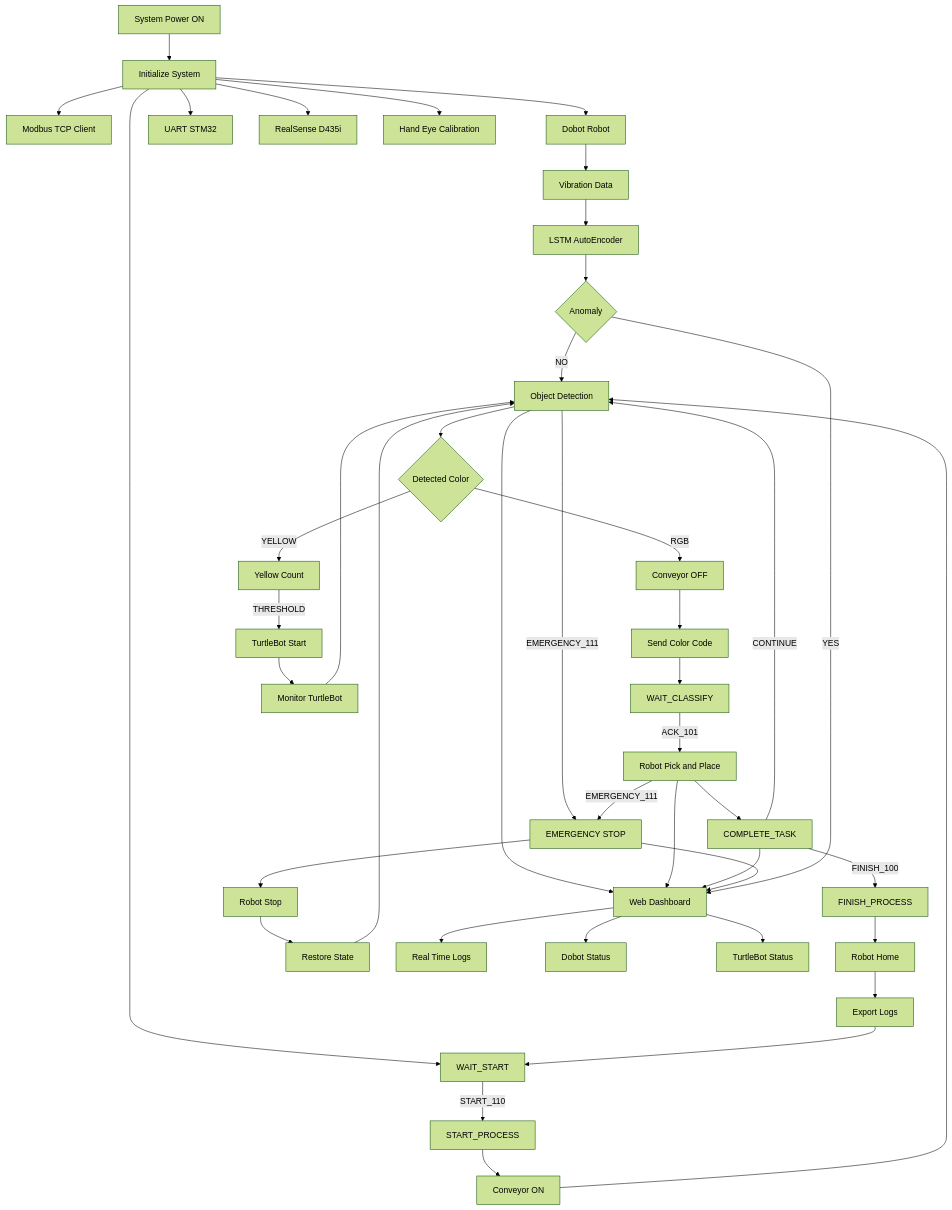
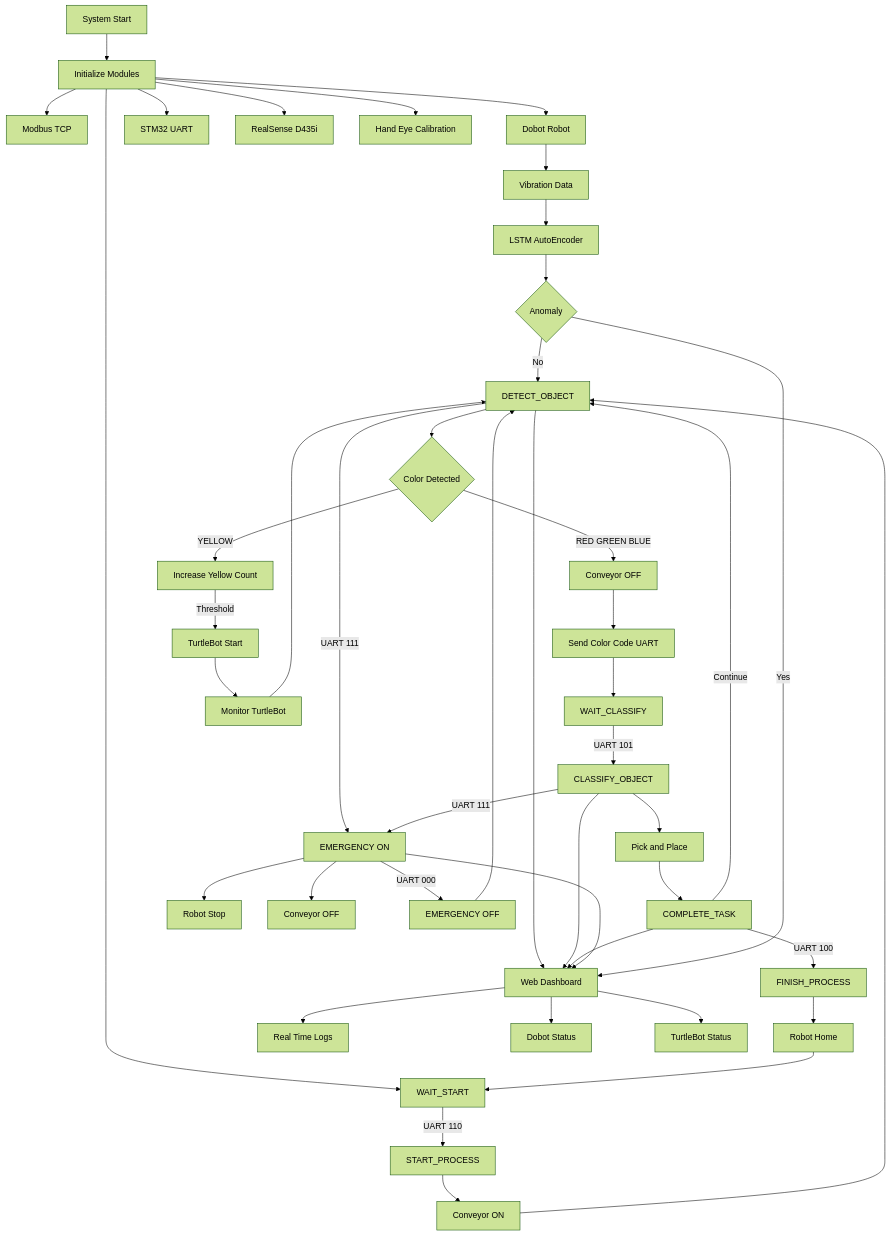
One commit to tnswo987/penetration-project changed the diagram in README.md. Above: the diagram before and after it, drawn with Mermaid (forest theme).

````diff
--- a/README.md
+++ b/README.md
@@ -63,59 +63,77 @@
 ```mermaid
 flowchart TD
-    A[System Power ON] --> B[Initialize System]
+    A[System Start] --> B[Initialize Modules]
 
-    B --> B1[Modbus TCP Client]
+    B --> B1[Modbus TCP]
     B --> B2[Dobot Robot]
-    B --> B3[UART STM32]
+    B --> B3[STM32 UART]
     B --> B4[RealSense D435i]
     B --> B5[Hand Eye Calibration]
 
     B --> C[WAIT_START]
 
-    C -->|START_110| D[START_PROCESS]
+    %% =====================
+    %% Main Process Flow
+    %% =====================
+    C -->|UART 110| D[START_PROCESS]
     D --> E[Conveyor ON]
 
-    E --> F[Object Detection]
-    F --> G{Detected Color}
+    E --> F[DETECT_OBJECT]
+    F --> G{Color Detected}
 
-    G -->|RGB| H[Conveyor OFF]
-    H --> I[Send Color Code]
+    G -->|RED GREEN BLUE| H[Conveyor OFF]
+    H --> I[Send Color Code UART]
     I --> J[WAIT_CLASSIFY]
 
-    J -->|ACK_101| K[Robot Pick and Place]
-    K --> L[COMPLETE_TASK]
+    J -->|UART 101| K[CLASSIFY_OBJECT]
+    K --> L[Pick and Place]
+    L --> M[COMPLETE_TASK]
 
-    L -->|CONTINUE| F
-    L -->|FINISH_100| M[FINISH_PROCESS]
+    M -->|Continue| F
+    M -->|UART 100| N[FINISH_PROCESS]
 
-    M --> N[Robot Home]
-    N --> O[Export Logs]
+    N --> O[Robot Home]
     O --> C
 
-    G -->|YELLOW| T[Yellow Count]
-    T -->|THRESHOLD| U[TurtleBot Start]
-    U --> V[Monitor TurtleBot]
-    V --> F
+    %% =====================
+    %% Yellow Object Flow
+    %% =====================
+    G -->|YELLOW| Y[Increase Yellow Count]
+    Y -->|Threshold| Z[TurtleBot Start]
+    Z --> Z1[Monitor TurtleBot]
+    Z1 --> F
 
-    F -->|EMERGENCY_111| X[EMERGENCY STOP]
-    K -->|EMERGENCY_111| X
+    %% =====================
+    %% Emergency Handling
+    %% =====================
+    F -->|UART 111| X[EMERGENCY ON]
+    K -->|UART 111| X
 
-    X --> Y[Robot Stop]
-    Y --> Z[Restore State]
-    Z --> F
+    X --> X1[Robot Stop]
+    X --> X2[Conveyor OFF]
 
+    X -->|UART 000| R[EMERGENCY OFF]
+    R --> F
+
+    %% =====================
+    %% Web Dashboard
+    %% =====================
     F --> W[Web Dashboard]
     K --> W
-    L --> W
+    M --> W
     X --> W
 
     W --> W1[Real Time Logs]
     W --> W2[Dobot Status]
     W --> W3[TurtleBot Status]
 
+    %% =====================
+    %% Predictive Maintenance
+    %% =====================
     B2 --> P[Vibration Data]
     P --> Q[LSTM AutoEncoder]
-    Q --> R{Anomaly}
-    R -->|YES| W
-    R -->|NO| F
+    Q --> S{Anomaly}
+
+    S -->|Yes| W
+    S -->|No| F
 ```
````
